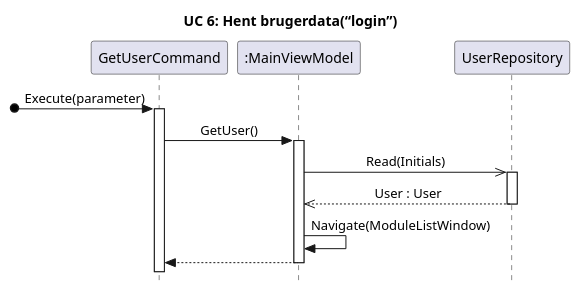
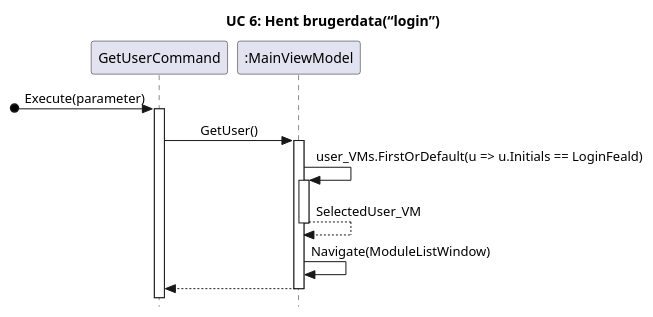
Before and after one commit to ToothbrushPenguin/DM-TeamX-2.Semester: the diagram in Diagrams/UC_6_SD_Hent brugerdata.plantuml, drawn with PlantUML. The commit also changed 2 other files, not shown here.

```diff
--- a/Diagrams/UC_6_SD_Hent brugerdata.plantuml
+++ b/Diagrams/UC_6_SD_Hent brugerdata.plantuml
@@ -1,17 +1,18 @@
 @startuml
 skinparam style strictuml
 skinparam SequenceMessageAlignment center
 title UC 6: Hent brugerdata(“login”)
 
 Participant "GetUserCommand" as GUC
 participant ":MainViewModel" as MVM
-participant "UserRepository" as UR
 
 [o-> GUC++: Execute(parameter)
     GUC -> MVM++: GetUser()
-        MVM ->> UR ++: Read(Initials)
-        return User : User
+        
+        MVM -> MVM ++:  user_VMs.FirstOrDefault(u => u.Initials == LoginFeald)
+        return SelectedUser_VM
+        
         MVM -> MVM : Navigate(ModuleListWindow)
     return
     
 @enduml
```
